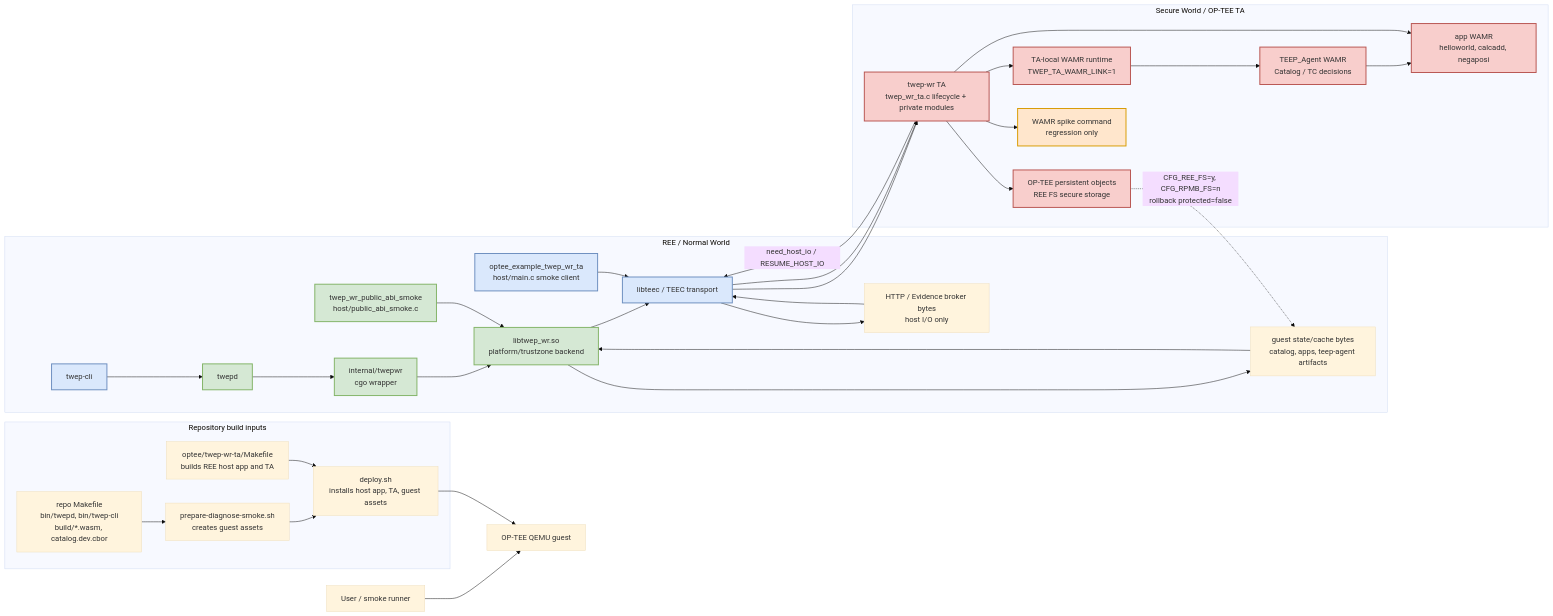
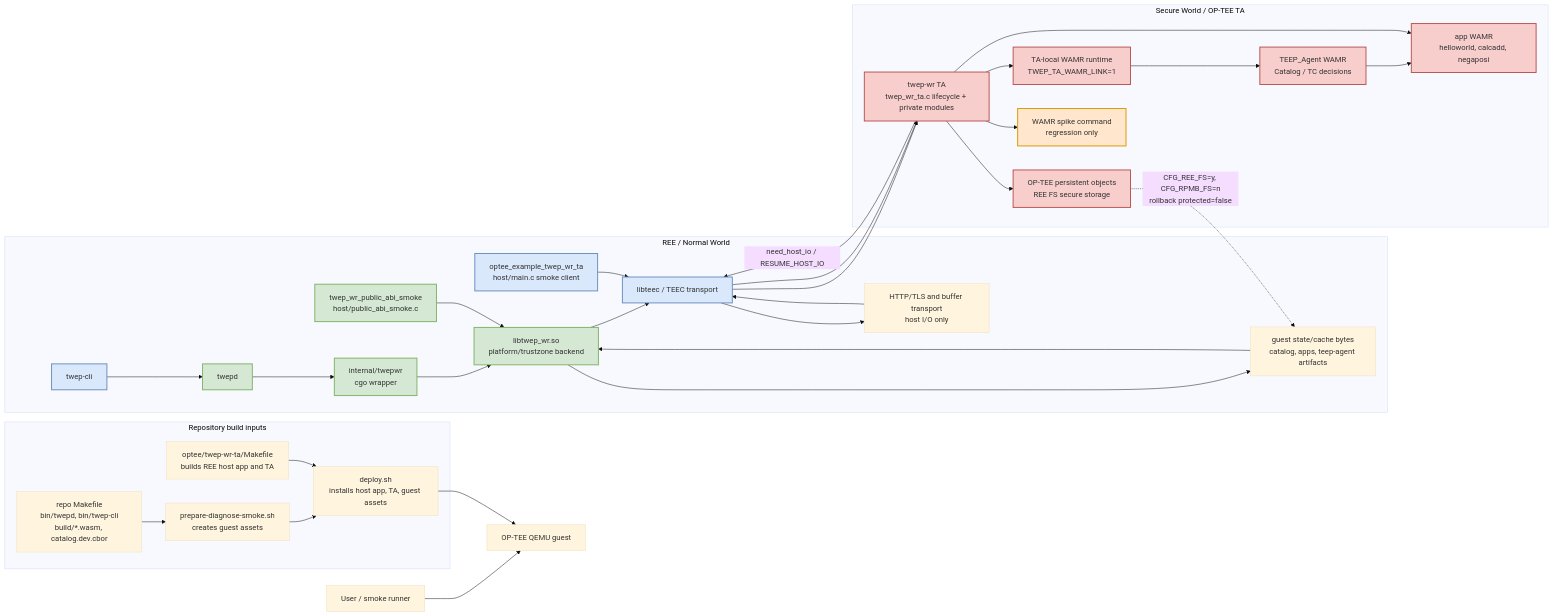
The first of 3 diagrams in optee/twep-wr-ta/ARCHITECTURE.md (s-miyazawa/twep-system), drawn with Mermaid (base theme) before and after one commit. The commit also changed other lines of this file and 20 other files, not shown here.

````diff
--- a/optee/twep-wr-ta/ARCHITECTURE.md
+++ b/optee/twep-wr-ta/ARCHITECTURE.md
@@ -29,78 +29,78 @@
 ```mermaid
 flowchart LR
     user["User / smoke runner"]
     qemu["OP-TEE QEMU guest"]
 
     subgraph repo["Repository build inputs"]
         rootbuild["repo Makefile\nbin/twepd, bin/twep-cli\nbuild/*.wasm, catalog.dev.cbor"]
         prepare["prepare-diagnose-smoke.sh\ncreates guest assets"]
         opteemake["optee/twep-wr-ta/Makefile\nbuilds REE host app and TA"]
         deploy["deploy.sh\ninstalls host app, TA, guest assets"]
     end
 
     subgraph ree["REE / Normal World"]
         cli["twep-cli"]
         twepd["twepd"]
         cgo["internal/twepwr\ncgo wrapper"]
         libwr["libtwep_wr.so\nplatform/trustzone backend"]
         smokeapp["optee_example_twep_wr_ta\nhost/main.c smoke client"]
         publicabi["twep_wr_public_abi_smoke\nhost/public_abi_smoke.c"]
         teec["libteec / TEEC transport"]
         state["guest state/cache bytes\ncatalog, apps, teep-agent artifacts"]
-        http["HTTP / Evidence broker bytes\nhost I/O only"]
+        http["HTTP/TLS and buffer transport\nhost I/O only"]
     end
 
     subgraph secure["Secure World / OP-TEE TA"]
         ta["twep-wr TA\ntwep_wr_ta.c lifecycle + private modules"]
         storage["OP-TEE persistent objects\nREE FS secure storage"]
         wamrnote["TA-local WAMR runtime\nTWEP_TA_WAMR_LINK=1"]
         teep["TEEP_Agent WAMR\nCatalog / TC decisions"]
         appwasm["app WAMR\nhelloworld, calcadd, negaposi"]
         spike["WAMR spike command\nregression only"]
     end
 
     rootbuild --> prepare
     prepare --> deploy
     opteemake --> deploy
     user --> qemu
     deploy --> qemu
 
     %% Production public path.
     cli --> twepd
     twepd --> cgo
     cgo --> libwr
     libwr --> teec
 
     %% Public ABI smoke enters the same C ABI boundary without twepd.
     publicabi --> libwr
 
     %% Direct TA smoke bypasses twepd and libtwep_wr.so.
     smokeapp --> teec
     teec --> ta
 
     %% TA-local production runtime and regression spike are separate.
     ta --> storage
     ta --> wamrnote
     wamrnote --> teep
     teep --> appwasm
     ta --> appwasm
     ta --> spike
 
     state --> libwr
     libwr --> state
     ta -->|"need_host_io / RESUME_HOST_IO"| teec
     teec --> http
     http --> teec
     teec --> ta
 
     storage -.->|"CFG_REE_FS=y, CFG_RPMB_FS=n\nrollback protected=false"| state
 
     classDef prod fill:#d5e8d4,stroke:#82b366,stroke-width:2px;
     classDef smoke fill:#dae8fc,stroke:#6c8ebf,stroke-width:2px;
     classDef spike fill:#ffe6cc,stroke:#d79b00,stroke-width:2px;
     classDef secure fill:#f8cecc,stroke:#b85450,stroke-width:2px;
     class twepd,cgo,libwr,publicabi prod;
     class cli,smokeapp,teec smoke;
     class spike spike;
     class ta,teep,appwasm,storage,wamrnote secure;
 ```
````
